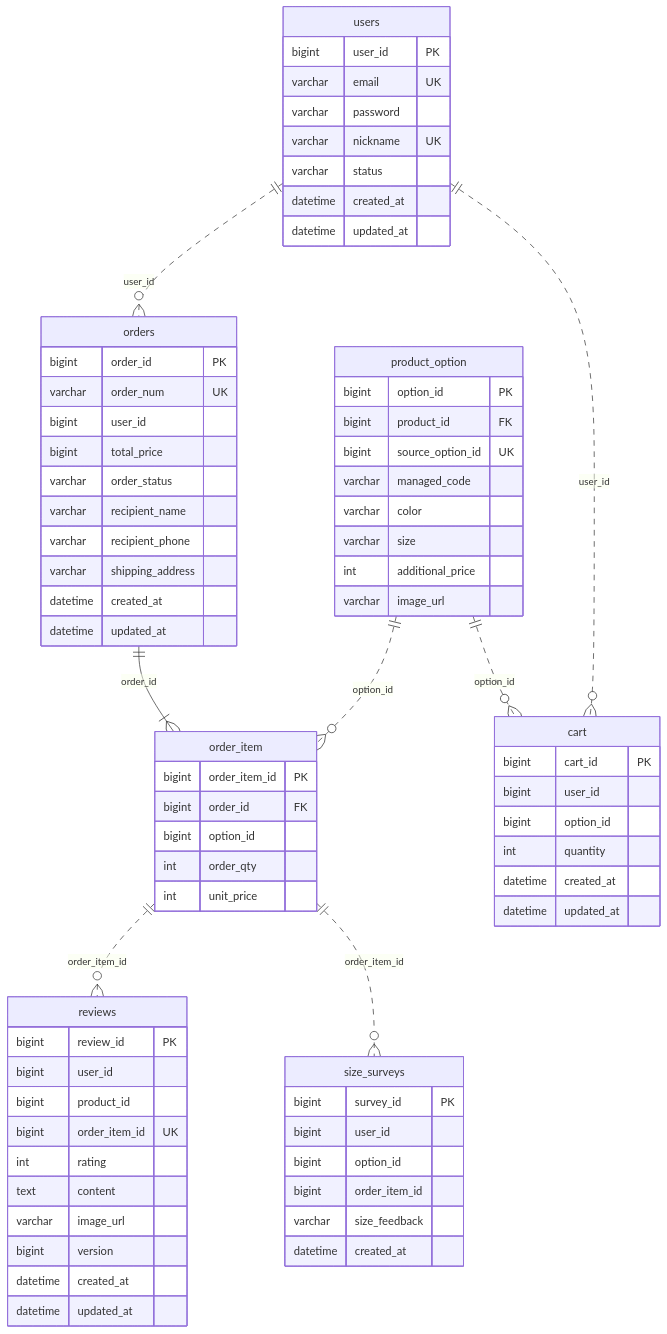
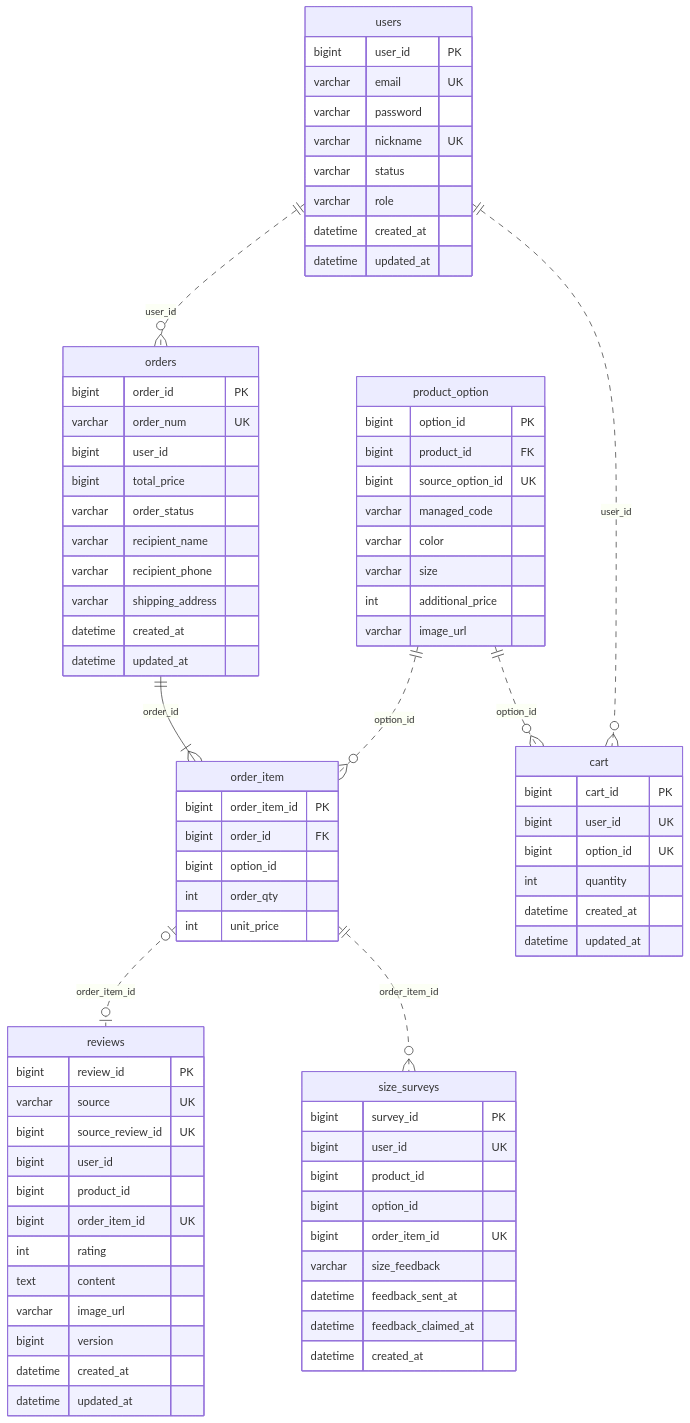
One commit to duckfairy-wak/fitzza_msa_finalproject changed the diagram in docs/erd/order-service.mmd. Above: the diagram before and after it, drawn with Mermaid. The commit also changed 28 other files, not shown here.

First line of the commit message:
[Docs]_03/Align_ERD_With_Implemented_Schema

```diff
--- a/docs/erd/order-service.mmd
+++ b/docs/erd/order-service.mmd
@@ -1,95 +1,100 @@
 erDiagram
     %% Central service: order-service
     %% Source: ../entity-relationship-diagram.mmd
     %% Original columns, cardinalities and line styles preserved.
     %% || = exactly one; o| = zero or one; o{ = zero or more; |{ = one or more.
     %% Edge labels name the referencing column in the child table.
     %% Cross-service edges are logical references, not cross-schema FK or direct access.
     %% Owned tables: orders, order_item, cart
     %% External table: product_option (product-service)
     %% External table: reviews (review-service)
     %% External table: size_surveys (review-service)
     %% External table: users (user-service)
-    %% reviews.order_item_id is UK, but the original 1:N edge is preserved.
 
     %% Internal and directly connected external relationships
     orders ||--|{ order_item : "order_id"
     users ||..o{ orders : "user_id"
     users ||..o{ cart : "user_id"
     product_option ||..o{ order_item : "option_id"
     product_option ||..o{ cart : "option_id"
-    order_item ||..o{ reviews : "order_item_id"
+    order_item |o..o| reviews : "order_item_id"
     order_item ||..o{ size_surveys : "order_item_id"
 
     orders {
         bigint order_id PK
         varchar order_num UK
         bigint user_id
         bigint total_price
         varchar order_status
         varchar recipient_name
         varchar recipient_phone
         varchar shipping_address
         datetime created_at
         datetime updated_at
     }
 
     order_item {
         bigint order_item_id PK
         bigint order_id FK
         bigint option_id
         int order_qty
         int unit_price
     }
 
     cart {
         bigint cart_id PK
-        bigint user_id
-        bigint option_id
+        bigint user_id UK
+        bigint option_id UK
         int quantity
         datetime created_at
         datetime updated_at
     }
 
     product_option {
         bigint option_id PK
         bigint product_id FK
         bigint source_option_id UK
         varchar managed_code
         varchar color
         varchar size
         int additional_price
         varchar image_url
     }
 
     reviews {
         bigint review_id PK
+        varchar source UK
+        bigint source_review_id UK
         bigint user_id
         bigint product_id
         bigint order_item_id UK
         int rating
         text content
         varchar image_url
         bigint version
         datetime created_at
         datetime updated_at
     }
 
     size_surveys {
         bigint survey_id PK
-        bigint user_id
+        bigint user_id UK
+        bigint product_id
         bigint option_id
-        bigint order_item_id
+        bigint order_item_id UK
         varchar size_feedback
+        datetime feedback_sent_at
+        datetime feedback_claimed_at
         datetime created_at
     }
 
     users {
         bigint user_id PK
         varchar email UK
         varchar password
         varchar nickname UK
         varchar status
+        varchar role
         datetime created_at
         datetime updated_at
     }
```
